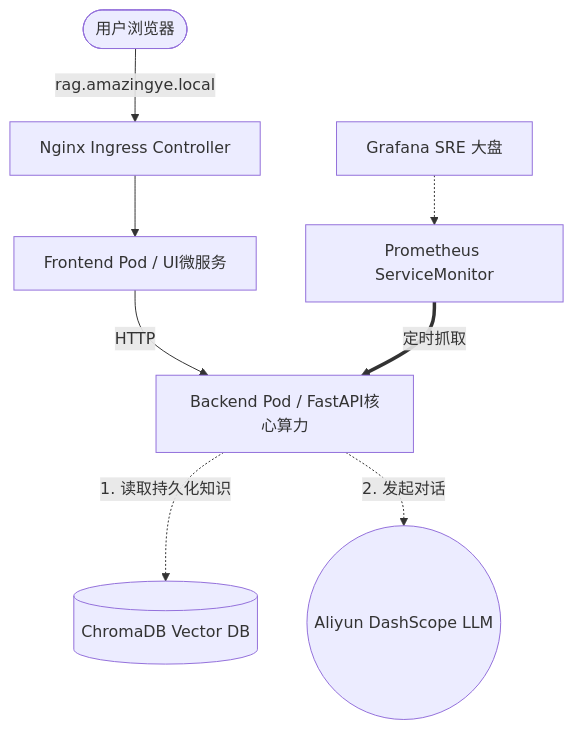
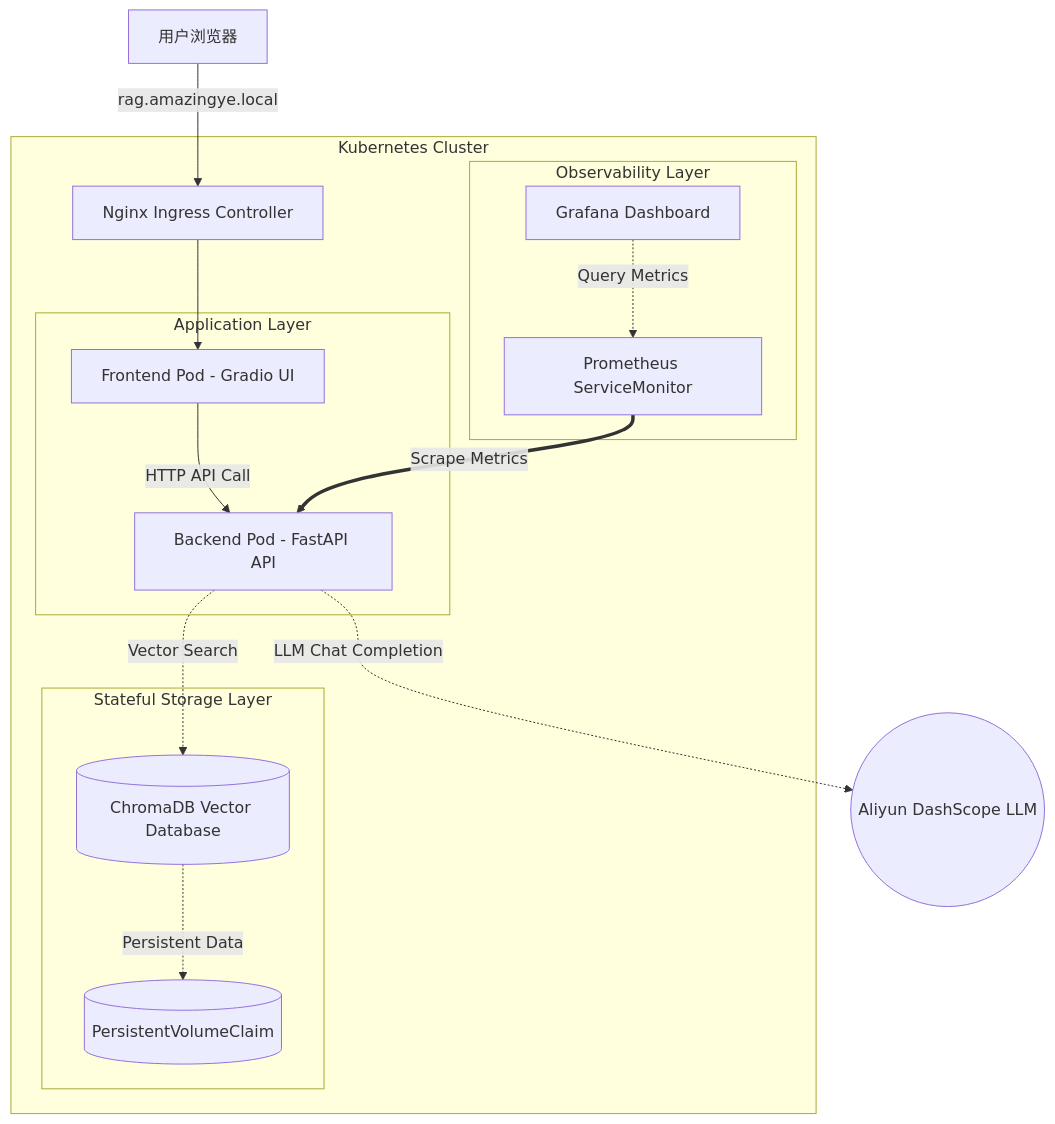
Before and after one commit to AmazingYe-oss/edu-rag-bot: the diagram in README.md, drawn with Mermaid. The commit also changed other lines of this file, not shown here.

````diff
--- a/README.md
+++ b/README.md
@@ -27,12 +27,36 @@
 ```mermaid
-graph TD
-    Client([用户浏览器]) -->|rag.amazingye.local| Ingress[Nginx Ingress Controller]
-    Ingress --> UI[Frontend Pod / UI微服务]
-    UI -->|HTTP| API[Backend Pod / FastAPI核心算力]
-    
-    API -.->|1. 读取持久化知识| ChromaDB[(ChromaDB Vector DB)]
-    API -.->|2. 发起对话| LLM((Aliyun DashScope LLM))
-    
-    Prometheus[Prometheus ServiceMonitor] ==定时抓取==> API
-    Grafana[Grafana SRE 大盘] -.-> Prometheus
+flowchart TD
+    Client["用户浏览器"]
+
+    subgraph K8s["Kubernetes Cluster"]
+        Ingress["Nginx Ingress Controller"]
+
+        subgraph App["Application Layer"]
+            UI["Frontend Pod - Gradio UI"]
+            API["Backend Pod - FastAPI API"]
+        end
+
+        subgraph Storage["Stateful Storage Layer"]
+            ChromaDB[("ChromaDB Vector Database")]
+            PVC[("PersistentVolumeClaim")]
+        end
+
+        subgraph Observability["Observability Layer"]
+            Prometheus["Prometheus ServiceMonitor"]
+            Grafana["Grafana Dashboard"]
+        end
+    end
+
+    LLM(("Aliyun DashScope LLM"))
+
+    Client -->|rag.amazingye.local| Ingress
+    Ingress --> UI
+    UI -->|HTTP API Call| API
+
+    API -.->|Vector Search| ChromaDB
+    ChromaDB -.->|Persistent Data| PVC
+    API -.->|LLM Chat Completion| LLM
+
+    Prometheus ==>|Scrape Metrics| API
+    Grafana -.->|Query Metrics| Prometheus
 ```
````
